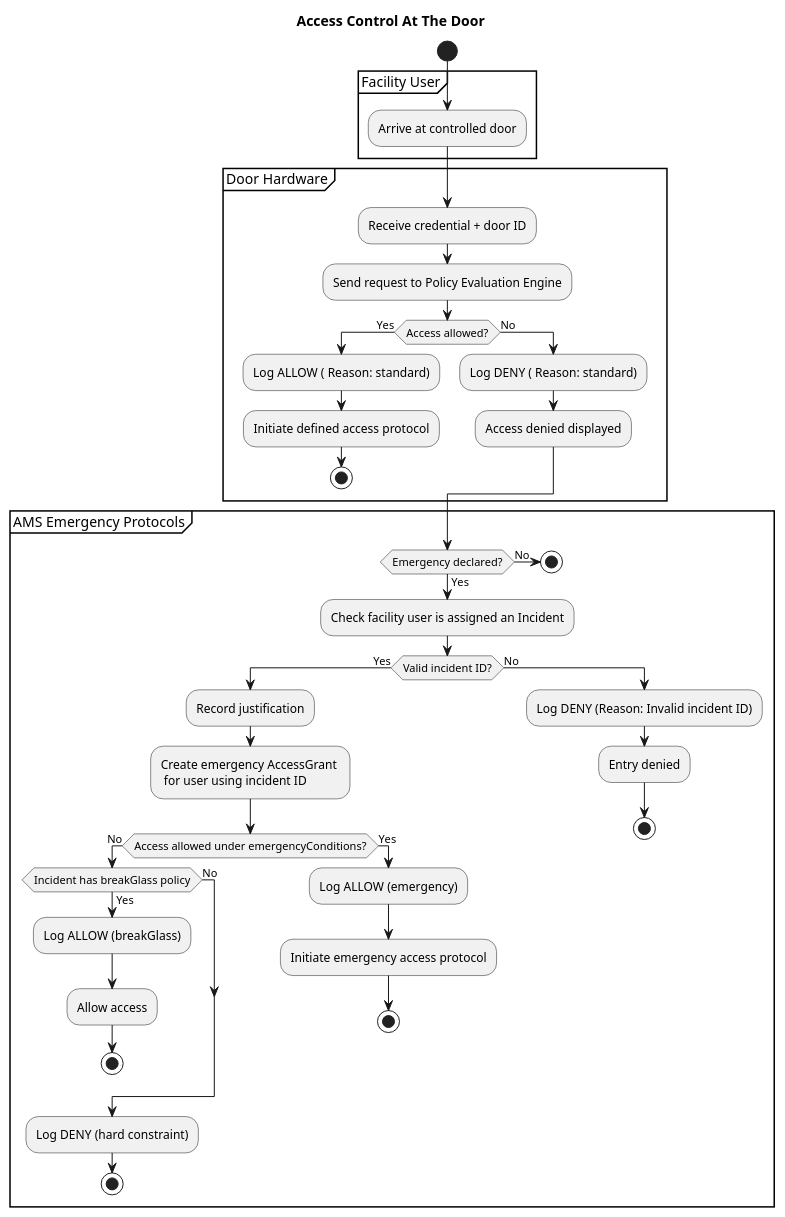
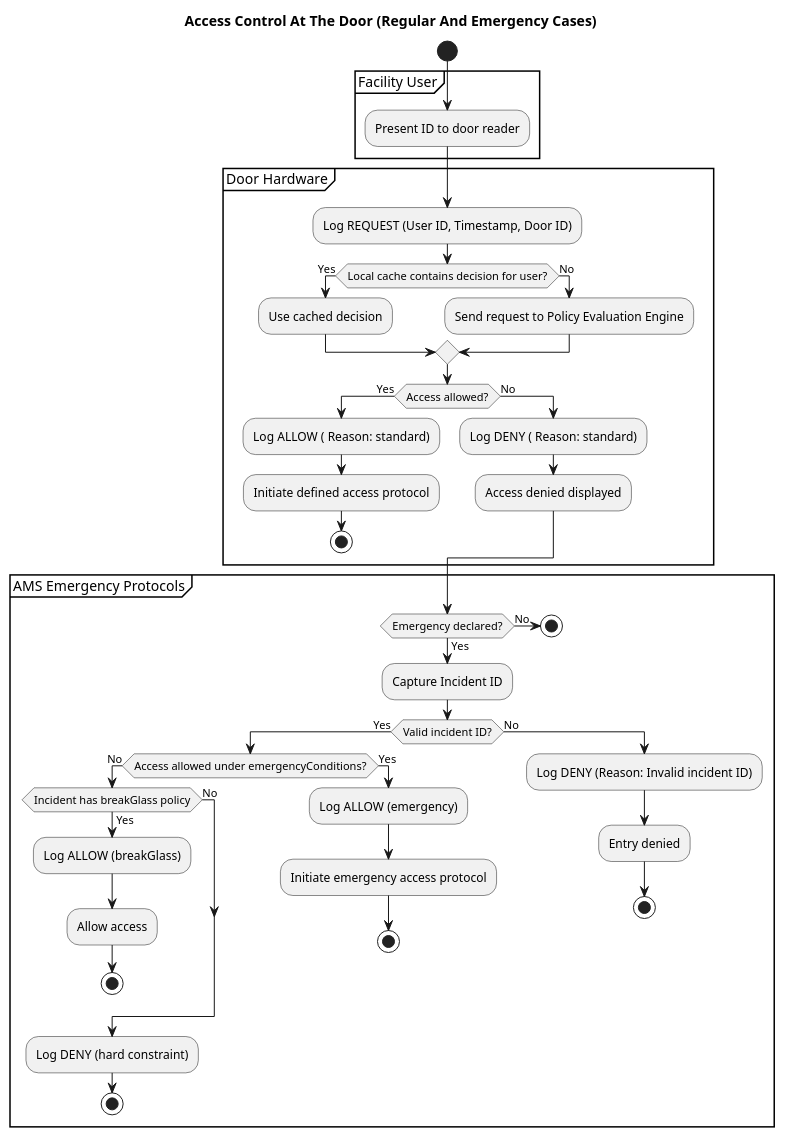
One commit to AsadYezdan-School/IOT542AccessControl changed the diagram in activityDiagram.puml. Above: the diagram before and after it, drawn with PlantUML.

Commit message:
final form

```diff
--- a/activityDiagram.puml
+++ b/activityDiagram.puml
@@ -1,60 +1,61 @@
 @startuml
 start
 !pragma useVerticalIf on
 skinparam linetype ortho
 skinparam shadowing false
 
-title Access Control At The Door
+title Access Control At The Door (Regular And Emergency Cases)
 
 partition "Facility User" {
-  :Arrive at controlled door;
+  :Present ID to door reader;
 }
 
 partition "Door Hardware" {
-  :Receive credential + door ID;
-  :Send request to Policy Evaluation Engine;
-
+  :Log REQUEST (User ID, Timestamp, Door ID);
+  if (Local cache contains decision for user?) then (Yes)
+    :Use cached decision;
+  else (No)
+    :Send request to Policy Evaluation Engine;
+  endif
   if (Access allowed?) then (Yes)
     :Log ALLOW ( Reason: standard);
     :Initiate defined access protocol;
     stop
   else (No)
     :Log DENY ( Reason: standard);
     :Access denied displayed;
   endif
 }
 
 partition "AMS Emergency Protocols" {
   if (Emergency declared?) then (Yes)
-    :Check facility user is assigned an Incident;
+    :Capture Incident ID;
 
     if (Valid incident ID?) then (Yes)
-      :Record justification;
-      :Create emergency AccessGrant \n for user using incident ID;
 
       if (Access allowed under emergencyConditions?) then (No)
         if (Incident has breakGlass policy) then (Yes)
           :Log ALLOW (breakGlass);
           :Allow access;
           stop
         else (No)
         endif
         :Log DENY (hard constraint);
         stop
       else (Yes)
         :Log ALLOW (emergency);
         :Initiate emergency access protocol;
         stop
       endif
 
     else (No)
       :Log DENY (Reason: Invalid incident ID);
       :Entry denied;
       stop
     endif
 
   else (No)
     stop
   endif
 }
 @enduml
```
